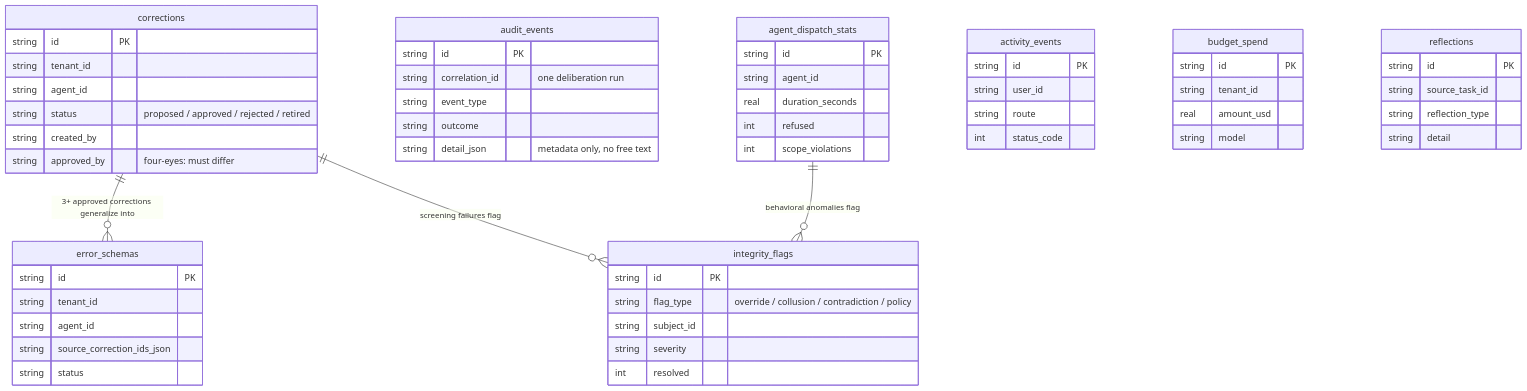
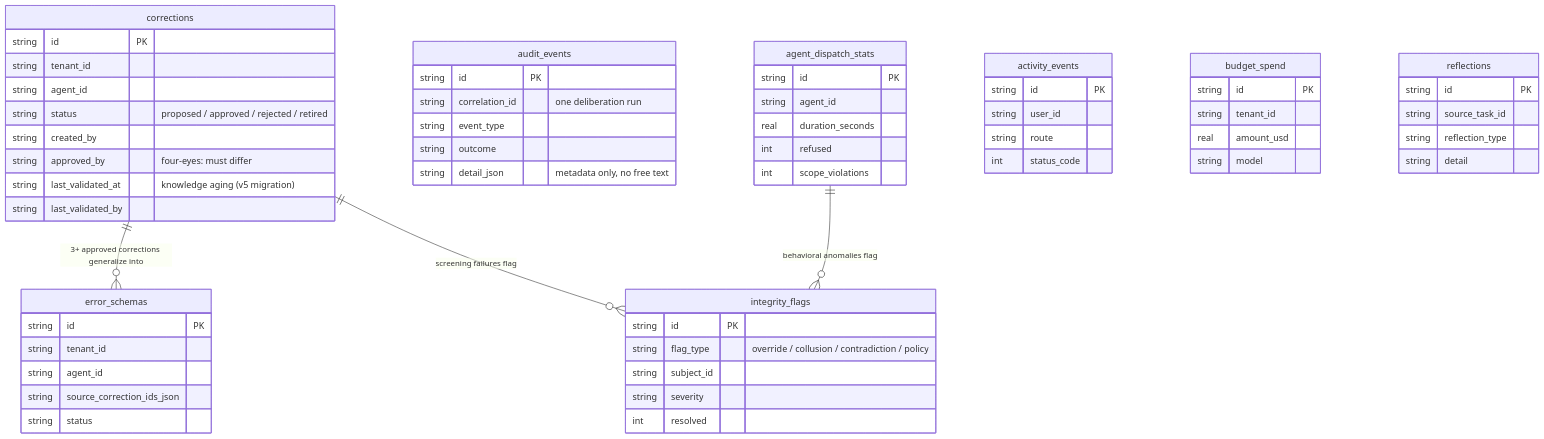
Before and after one commit to KangaKode/aiscaffold: the eighth of 10 diagrams in docs/FEATURES.md, drawn with Mermaid. The commit also changed other lines of this file and 17 other files, not shown here.

First line of the commit message:
feat: governance report endpoint + corrections knowledge aging (#69)

````diff
--- a/docs/FEATURES.md
+++ b/docs/FEATURES.md
@@ -270,60 +271,62 @@
 ```mermaid
 erDiagram
     corrections {
         string id PK
         string tenant_id
         string agent_id
         string status "proposed / approved / rejected / retired"
         string created_by
         string approved_by "four-eyes: must differ"
+        string last_validated_at "knowledge aging (v5 migration)"
+        string last_validated_by
     }
     error_schemas {
         string id PK
         string tenant_id
         string agent_id
         string source_correction_ids_json
         string status
     }
     integrity_flags {
         string id PK
         string flag_type "override / collusion / contradiction / policy"
         string subject_id
         string severity
         int resolved
     }
     audit_events {
         string id PK
         string correlation_id "one deliberation run"
         string event_type
         string outcome
         string detail_json "metadata only, no free text"
     }
     agent_dispatch_stats {
         string id PK
         string agent_id
         real duration_seconds
         int refused
         int scope_violations
     }
     activity_events {
         string id PK
         string user_id
         string route
         int status_code
     }
     budget_spend {
         string id PK
         string tenant_id
         real amount_usd
         string model
     }
     reflections {
         string id PK
         string source_task_id
         string reflection_type
         string detail
     }
     corrections ||--o{ error_schemas : "3+ approved corrections generalize into"
     corrections ||--o{ integrity_flags : "screening failures flag"
     agent_dispatch_stats ||--o{ integrity_flags : "behavioral anomalies flag"
 ```
````
